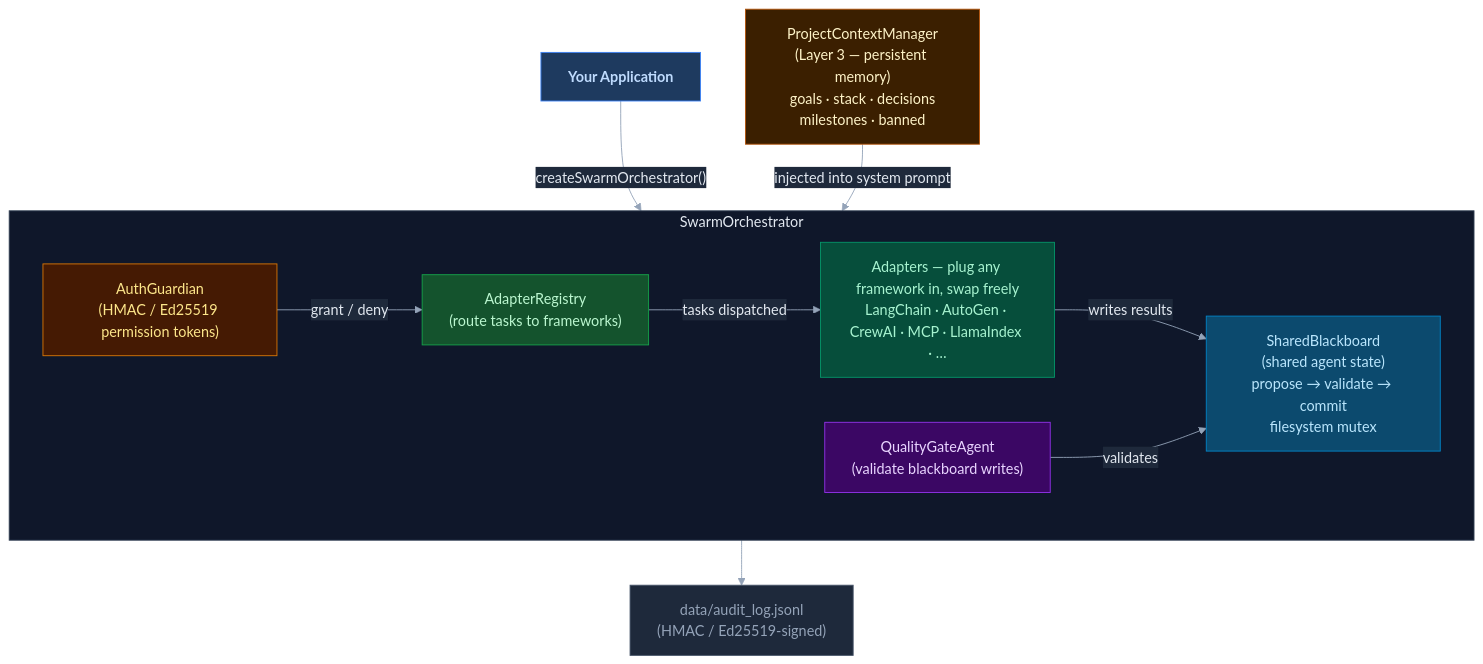
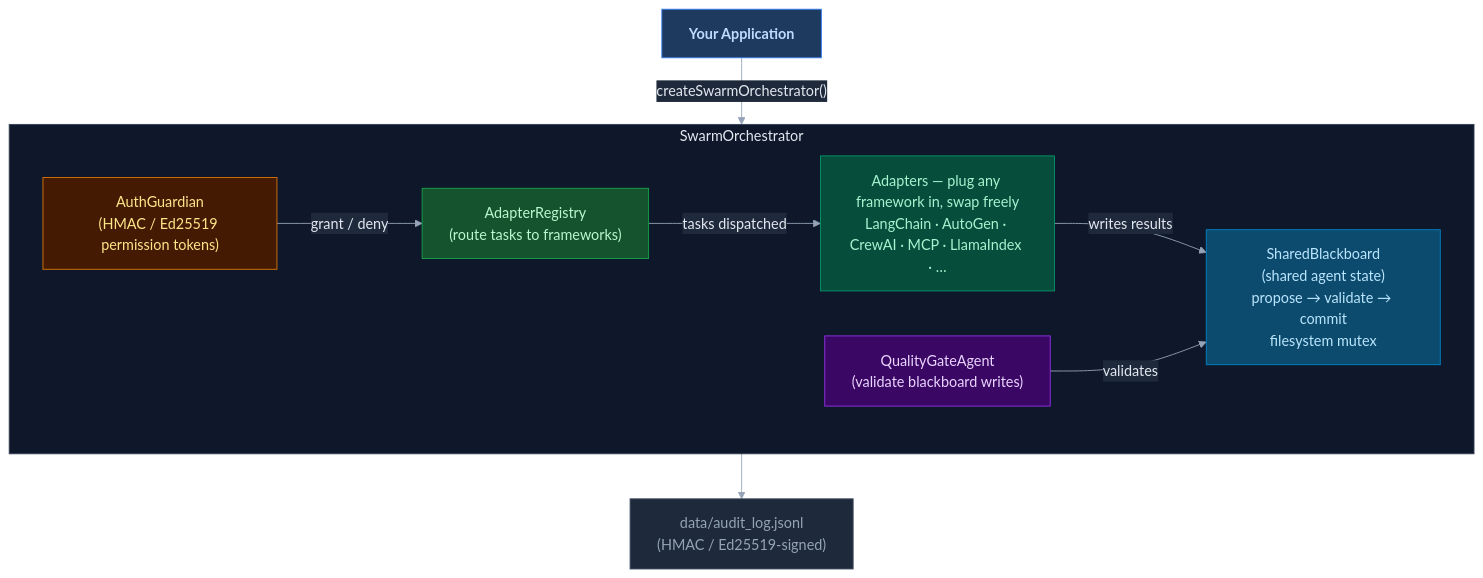
One commit to Jovancoding/Network-AI changed the diagram in ARCHITECTURE.md. Above: the diagram before and after it, drawn with Mermaid. The commit also changed other lines of this file and 1 other file, not shown here.

Commit message:
docs: remove ProjectContextManager from diagrams, add note below

````diff
--- a/ARCHITECTURE.md
+++ b/ARCHITECTURE.md
@@ -36,33 +36,29 @@
 ```mermaid
 %%{init: {'theme': 'base', 'themeVariables': {'primaryColor': '#1e293b', 'primaryTextColor': '#e2e8f0', 'primaryBorderColor': '#475569', 'lineColor': '#94a3b8', 'clusterBkg': '#0f172a', 'clusterBorder': '#334155', 'edgeLabelBackground': '#1e293b', 'edgeLabelColor': '#cbd5e1', 'titleColor': '#e2e8f0'}}}%%
 flowchart TD
     classDef app        fill:#1e3a5f,stroke:#3b82f6,color:#bfdbfe,font-weight:bold
     classDef security   fill:#451a03,stroke:#d97706,color:#fde68a
     classDef routing    fill:#14532d,stroke:#16a34a,color:#bbf7d0
     classDef quality    fill:#3b0764,stroke:#9333ea,color:#e9d5ff
     classDef blackboard fill:#0c4a6e,stroke:#0284c7,color:#bae6fd
     classDef adapters   fill:#064e3b,stroke:#059669,color:#a7f3d0
     classDef audit      fill:#1e293b,stroke:#475569,color:#94a3b8
-    classDef context    fill:#3b1f00,stroke:#b45309,color:#fef3c7
 
     App["Your Application"]:::app
     App -->|"createSwarmOrchestrator()"| SO
-
-    PC["ProjectContextManager\n(Layer 3 — persistent memory)\ngoals · stack · decisions\nmilestones · banned"]:::context
-    PC -->|"injected into system prompt"| SO
 
     subgraph SO["SwarmOrchestrator"]
         AG["AuthGuardian\n(HMAC / Ed25519 permission tokens)"]:::security
         AR["AdapterRegistry\n(route tasks to frameworks)"]:::routing
         QG["QualityGateAgent\n(validate blackboard writes)"]:::quality
         BB["SharedBlackboard\n(shared agent state)\npropose → validate → commit\nfilesystem mutex"]:::blackboard
         AD["Adapters — plug any framework in, swap freely\nLangChain · AutoGen · CrewAI · MCP · LlamaIndex · …"]:::adapters
 
         AG -->|"grant / deny"| AR
         AR -->|"tasks dispatched"| AD
         AD -->|"writes results"| BB
         QG -->|"validates"| BB
     end
 
     SO --> AUDIT["data/audit_log.jsonl\n(HMAC / Ed25519-signed)"]:::audit
 ```
````
